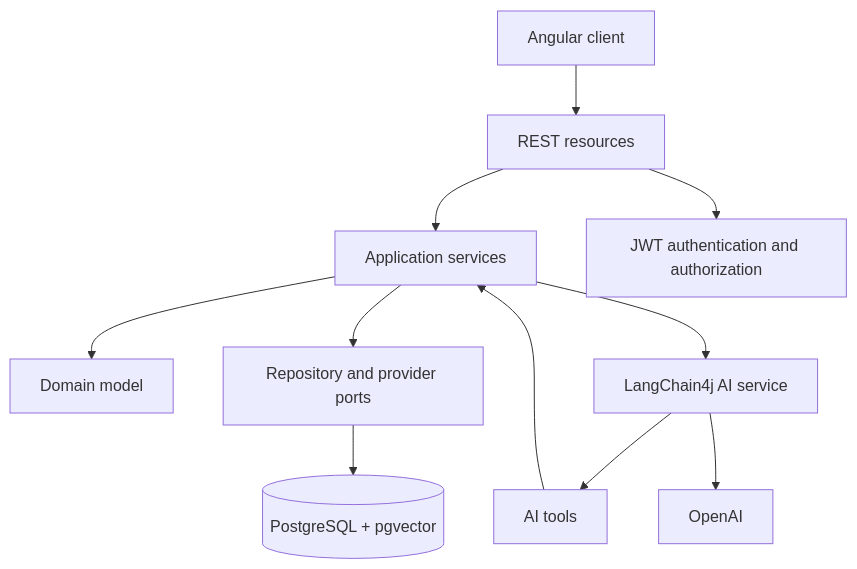
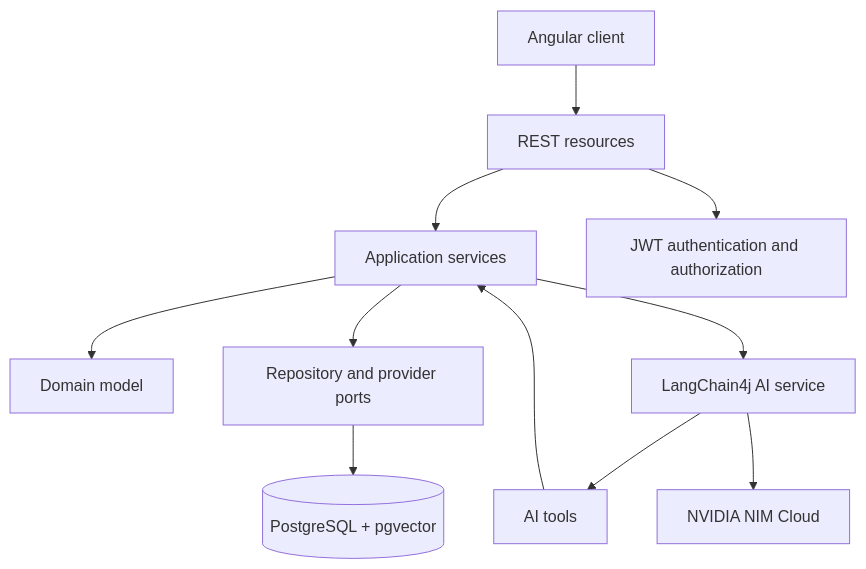
The diagram in README.md (Ivictors/ai-ecommerce-assistant), drawn with Mermaid before and after one commit. The commit also changed other lines of this file and 7 other files, not shown here.

Commit message:
feat(ai): migrate chat provider to NVIDIA NIM #57

````diff
--- a/README.md
+++ b/README.md
@@ -23,13 +23,13 @@
 ```mermaid
 flowchart TD
     U[Angular client] --> R[REST resources]
     R --> A[Application services]
     A --> D[Domain model]
     A --> P[Repository and provider ports]
     P --> DB[(PostgreSQL + pgvector)]
     R --> S[JWT authentication and authorization]
     A --> AI[LangChain4j AI service]
     AI --> T[AI tools]
     T --> A
-    AI --> O[OpenAI]
+    AI --> O[NVIDIA NIM Cloud]
 ```
````
